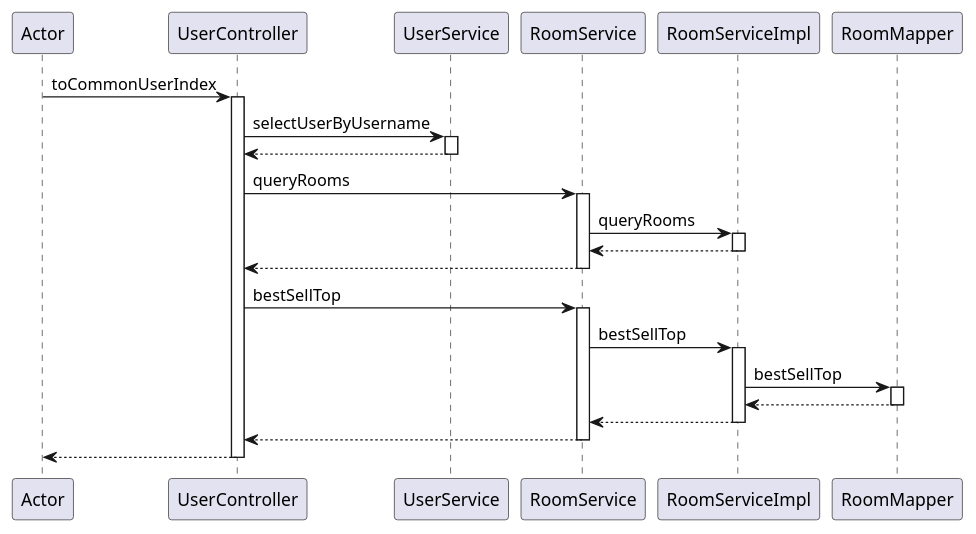
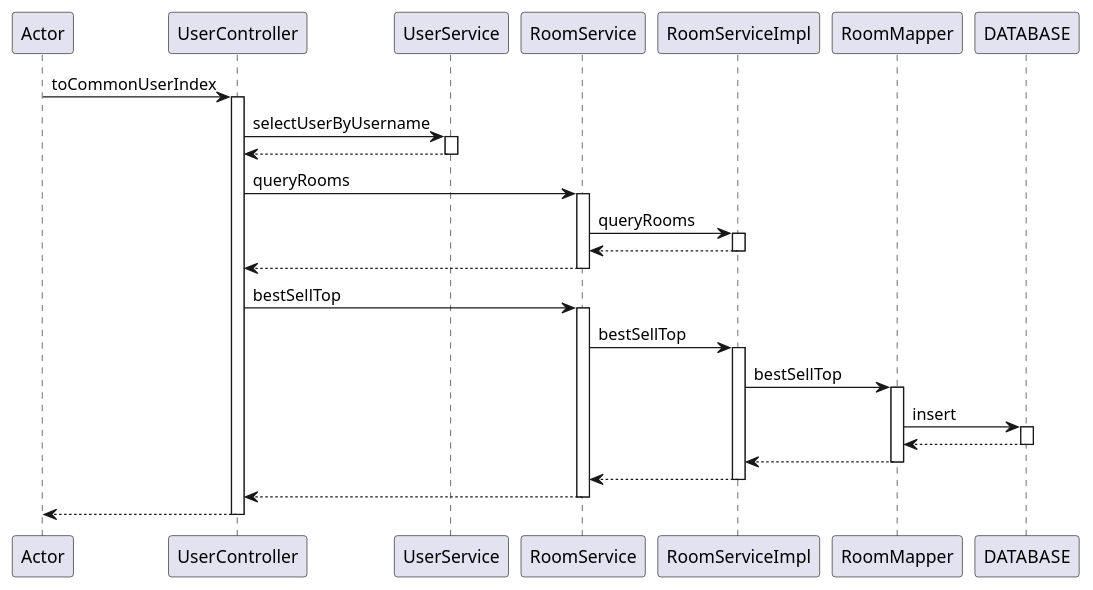
Before and after one commit to will-liao/homestay: the diagram in src/main/resources/puml文件/squence/时序图puml文件/UserController_toCommonUserIndex.puml, drawn with PlantUML. The commit also changed 131 other files, not shown here.

```diff
--- a/src/main/resources/puml文件/squence/时序图puml文件/UserController_toCommonUserIndex.puml
+++ b/src/main/resources/puml文件/squence/时序图puml文件/UserController_toCommonUserIndex.puml
@@ -1,30 +1,34 @@
 @startuml
 participant Actor
 Actor -> UserController : toCommonUserIndex
 activate UserController
 UserController -> UserService : selectUserByUsername
 activate UserService
 UserService --> UserController
 deactivate UserService
 UserController -> RoomService : queryRooms
 activate RoomService
 RoomService -> RoomServiceImpl : queryRooms
 activate RoomServiceImpl
 RoomServiceImpl --> RoomService
 deactivate RoomServiceImpl
 RoomService --> UserController
 deactivate RoomService
 UserController -> RoomService : bestSellTop
 activate RoomService
 RoomService -> RoomServiceImpl : bestSellTop
 activate RoomServiceImpl
 RoomServiceImpl -> RoomMapper : bestSellTop
 activate RoomMapper
+RoomMapper -> DATABASE : insert
+activate DATABASE
+DATABASE --> RoomMapper
+deactivate DATABASE
 RoomMapper --> RoomServiceImpl
 deactivate RoomMapper
 RoomServiceImpl --> RoomService
 deactivate RoomServiceImpl
 RoomService --> UserController
 deactivate RoomService
 return
 @enduml
```
